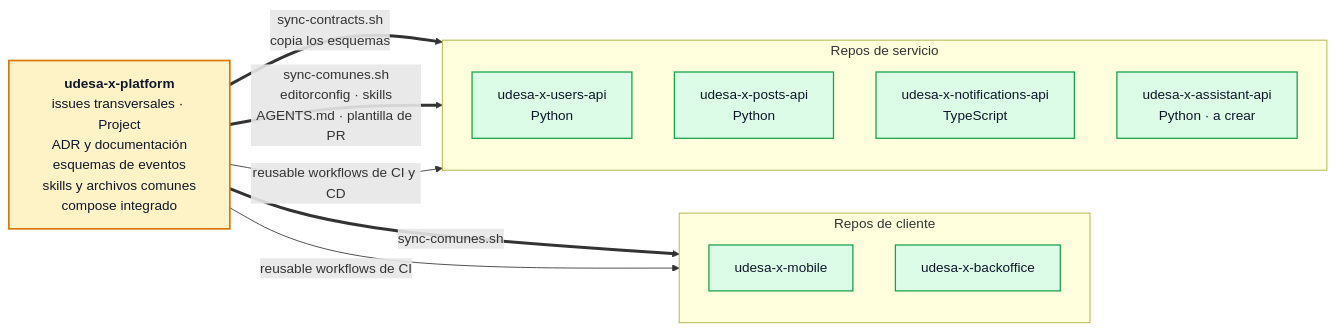
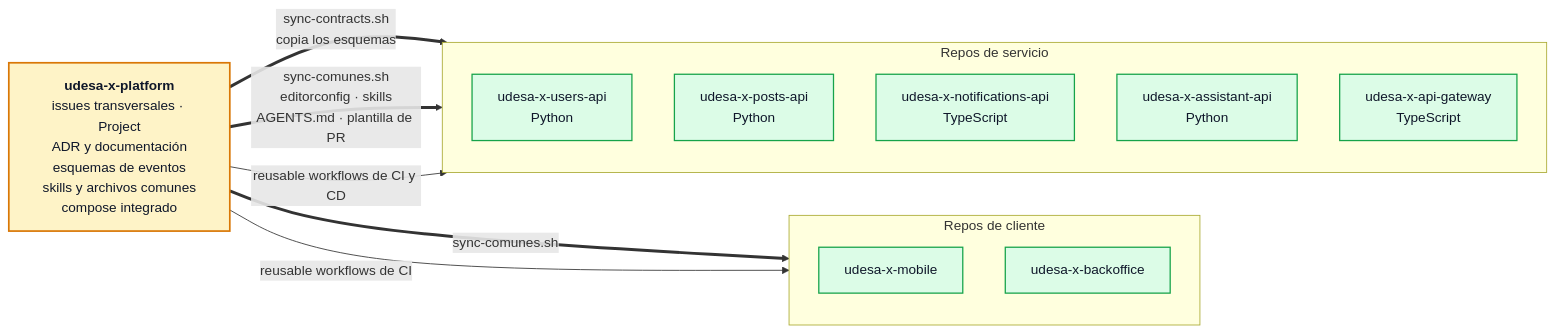
One commit to tds-g3-2s2026/udesa-x-platform changed the first of 6 diagrams in docs/ARQUITECTURA.md. Above: the diagram before and after it, drawn with Mermaid. The commit also changed other lines of this file and 3 other files, not shown here.

````diff
--- a/docs/ARQUITECTURA.md
+++ b/docs/ARQUITECTURA.md
@@ -152,29 +151,30 @@
 ```mermaid
 flowchart LR
     PLAT["<b>udesa-x-platform</b><br/>issues transversales · Project<br/>ADR y documentación<br/>esquemas de eventos<br/>skills y archivos comunes<br/>compose integrado"]
 
     subgraph svcs["Repos de servicio"]
         direction TB
         R1["udesa-x-users-api<br/>Python"]
         R2["udesa-x-posts-api<br/>Python"]
         R3["udesa-x-notifications-api<br/>TypeScript"]
-        R4["udesa-x-assistant-api<br/>Python · a crear"]
+        R4["udesa-x-assistant-api<br/>Python"]
+        R7["udesa-x-api-gateway<br/>TypeScript"]
     end
 
     subgraph cli["Repos de cliente"]
         direction TB
         R5["udesa-x-mobile"]
         R6["udesa-x-backoffice"]
     end
 
     PLAT ==>|"sync-contracts.sh<br/>copia los esquemas"| svcs
     PLAT ==>|"sync-comunes.sh<br/>editorconfig · skills<br/>AGENTS.md · plantilla de PR"| svcs
     PLAT ==>|"sync-comunes.sh"| cli
     PLAT -->|"reusable workflows de CI y CD"| svcs
     PLAT -->|"reusable workflows de CI"| cli
 
     classDef hub fill:#fef3c7,stroke:#d97706,stroke-width:2px,color:#0f172a
     classDef repo fill:#dcfce7,stroke:#16a34a,stroke-width:1.5px,color:#0f172a
     class PLAT hub
-    class R1,R2,R3,R4,R5,R6 repo
+    class R1,R2,R3,R4,R5,R6,R7 repo
 ```
````
